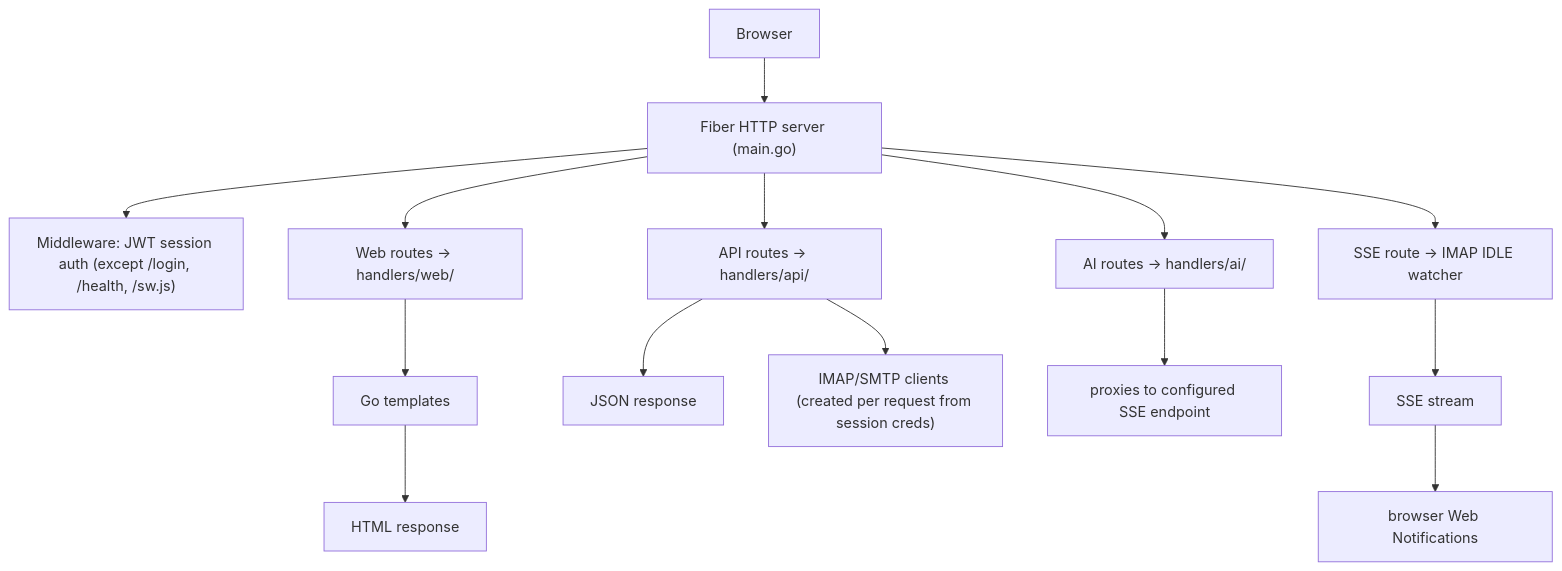
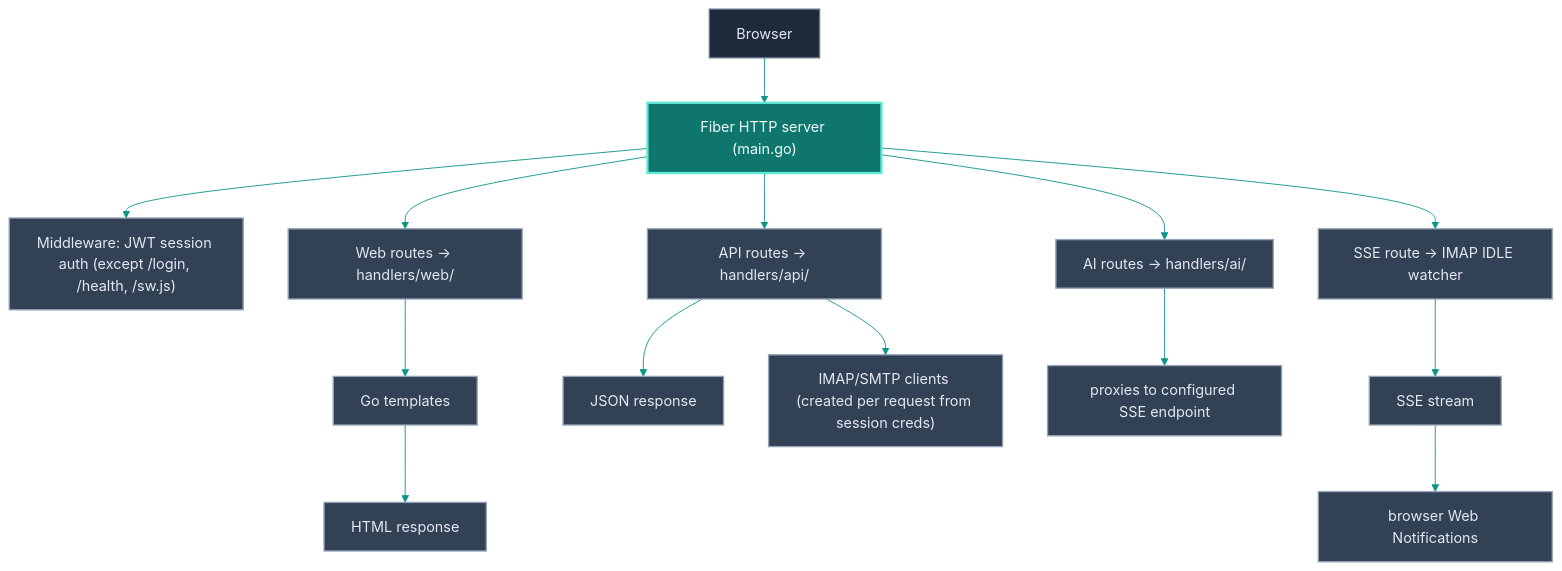
Before and after one commit to voidvon/inbrix: the diagram in docs/ARCHITECTURE.md, drawn with Mermaid.

Commit message:
docs: give ARCHITECTURE.md's request-lifecycle diagram a theme init
It previously had no theme init at all — bare mermaid defaults — so
it did not match README's diagram and inherited the same
background-dependent contrast problem. Apply the same opaque-fill
entry/server/backend classDef palette as README.md so both diagrams
read consistently and stay legible on GitHub light and dark. No
node label text changed.

Agent-generated, machine-verified, NOT human-reviewed.

````diff
--- a/docs/ARCHITECTURE.md
+++ b/docs/ARCHITECTURE.md
@@ -56,16 +56,25 @@
 ```mermaid
+%%{init: {'theme':'base','themeVariables':{'fontFamily':'ui-monospace, SFMono-Regular, Menlo, monospace','primaryColor':'#334155','primaryBorderColor':'#94a3b8','primaryTextColor':'#e2e8f0','lineColor':'#0d9488','edgeLabelBackground':'transparent','clusterBorder':'#3f8f86','clusterBkg':'transparent'}}}%%
 flowchart TD
+    classDef entry fill:#1e293b,stroke:#64748b,color:#e2e8f0,stroke-width:1.5px;
+    classDef server fill:#0f766e,stroke:#5eead4,color:#f0fdfa,stroke-width:2.5px;
+    classDef backend fill:#334155,stroke:#94a3b8,color:#e2e8f0,stroke-width:1.5px;
+
     Browser --> Server["Fiber HTTP server (main.go)"]
     Server --> MW["Middleware: JWT session auth (except /login, /health, /sw.js)"]
     Server --> Web["Web routes → handlers/web/"]
     Web --> Tmpl["Go templates"]
     Tmpl --> HTML["HTML response"]
     Server --> API["API routes → handlers/api/"]
     API --> JSON["JSON response"]
     API --> Clients["IMAP/SMTP clients (created per request from session creds)"]
     Server --> AI["AI routes → handlers/ai/"]
     AI --> Proxy["proxies to configured SSE endpoint"]
     Server --> SSE["SSE route → IMAP IDLE watcher"]
     SSE --> Stream["SSE stream"]
     Stream --> Notif["browser Web Notifications"]
+
+    class Browser entry
+    class Server server
+    class MW,Web,Tmpl,HTML,API,JSON,Clients,AI,Proxy,SSE,Stream,Notif backend
 ```
````
